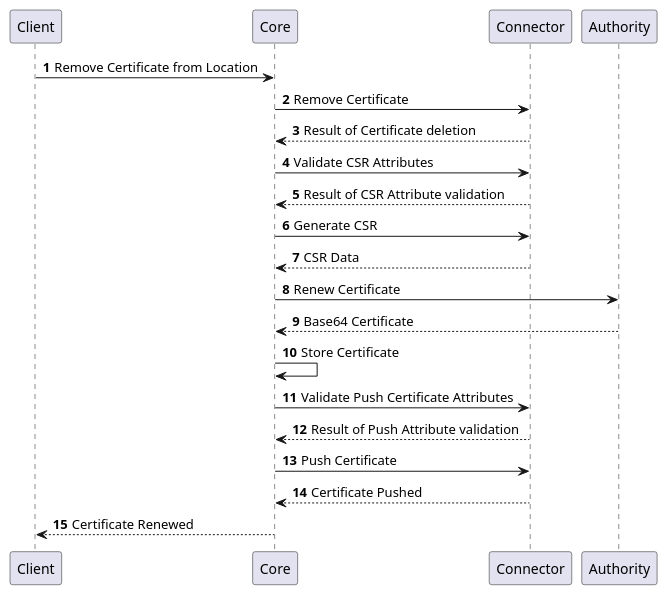
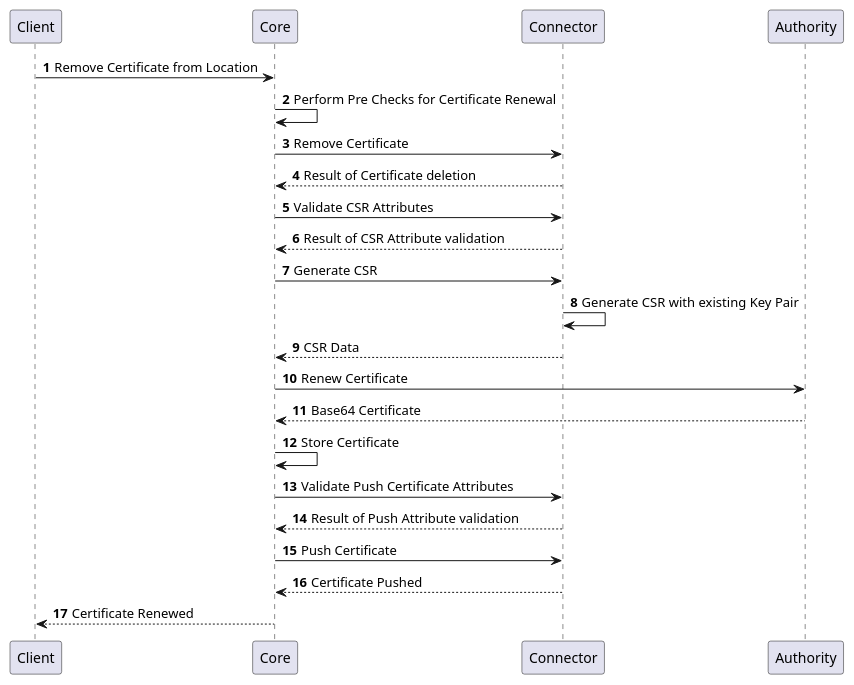
Before and after one commit to CZERTAINLY/CZERTAINLY-Documentation: diagram 12 of 14 in docs/12-connectors/05-description/32-entity-provider.md, drawn with PlantUML. The commit also changed other lines of this file, not shown here.

Commit message:
Update process of renewal and issuance of certificate in locations
Update process of renewal and issuance of certificate in locations based on the new release 2.5.0

````diff
--- a/docs/12-connectors/05-description/32-entity-provider.md
+++ b/docs/12-connectors/05-description/32-entity-provider.md
@@ -247,21 +249,23 @@
 ```plantuml
     @startuml
     autonumber
     skinparam topurl https://docs.czertainly.com/api/
         Client -> Core [[core-location/#tag/Location-Management-API/operation/renewCertificateInLocation]]: Remove Certificate from Location
+        Core -> Core: Perform Pre Checks for Certificate Renewal
         Core -> Connector [[connector-entity-provider/#tag/Location-Operations-API/operation/removeCertificateFromLocation]]: Remove Certificate
         Connector --> Core: Result of Certificate deletion
         Core -> Connector [[connector-entity-provider/#tag/Location-Operations-API/operation/validateGenerateCsrAttributes]]: Validate CSR Attributes
         Connector --> Core: Result of CSR Attribute validation
         Core -> Connector [[connector-entity-provider/#tag/Location-Operations-API/operation/generateCsrLocation]]: Generate CSR
+        Connector -> Connector: Generate CSR with existing Key Pair
         Connector --> Core: CSR Data
         Core -> Authority [[connector-authority-provider-v2/#tag/Certificate-Management-API/operation/renewCertificate]]: Renew Certificate
         Authority --> Core: Base64 Certificate
         Core -> Core: Store Certificate
         Core -> Connector [[connector-entity-provider/#tag/Location-Operations-API/operation/validatePushCertificateAttributes]]: Validate Push Certificate Attributes
         Connector --> Core: Result of Push Attribute validation
         Core -> Connector [[connector-entity-provider/#tag/Location-Operations-API/operation/pushCertificateToLocation]]: Push Certificate
         Connector --> Core: Certificate Pushed
         Core --> Client: Certificate Renewed
     @enduml
 ```
````
